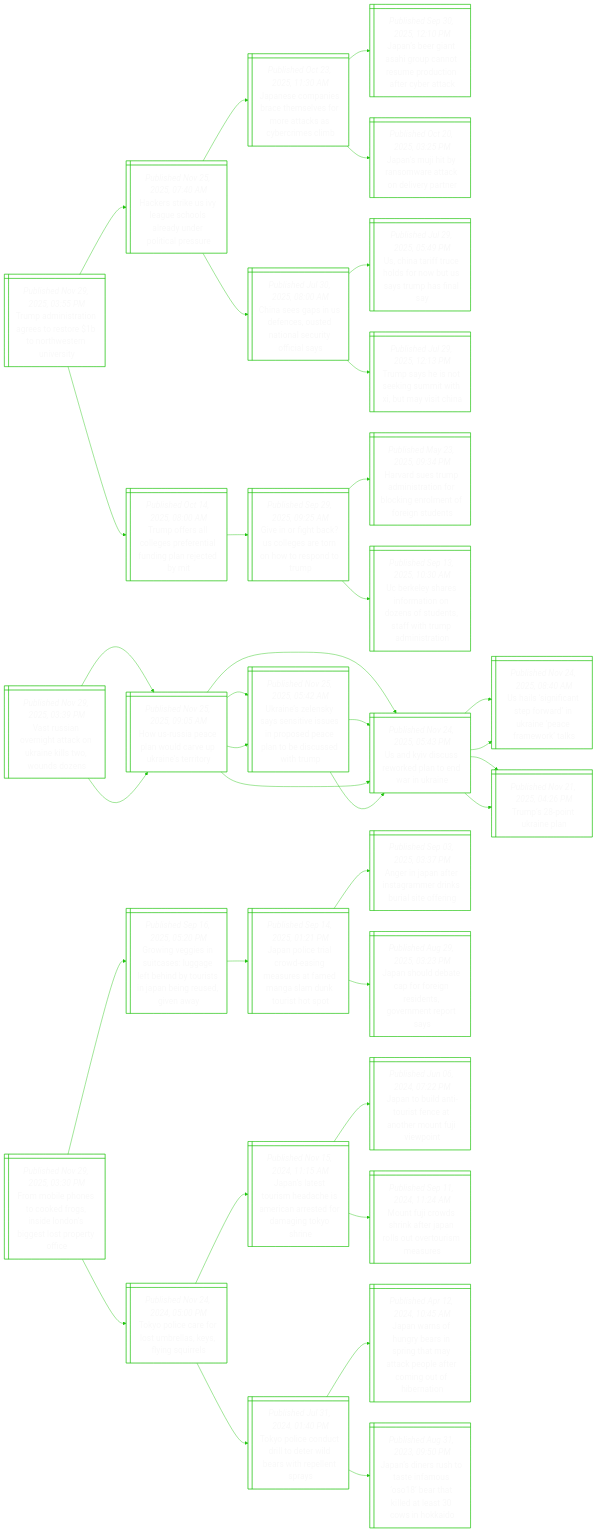
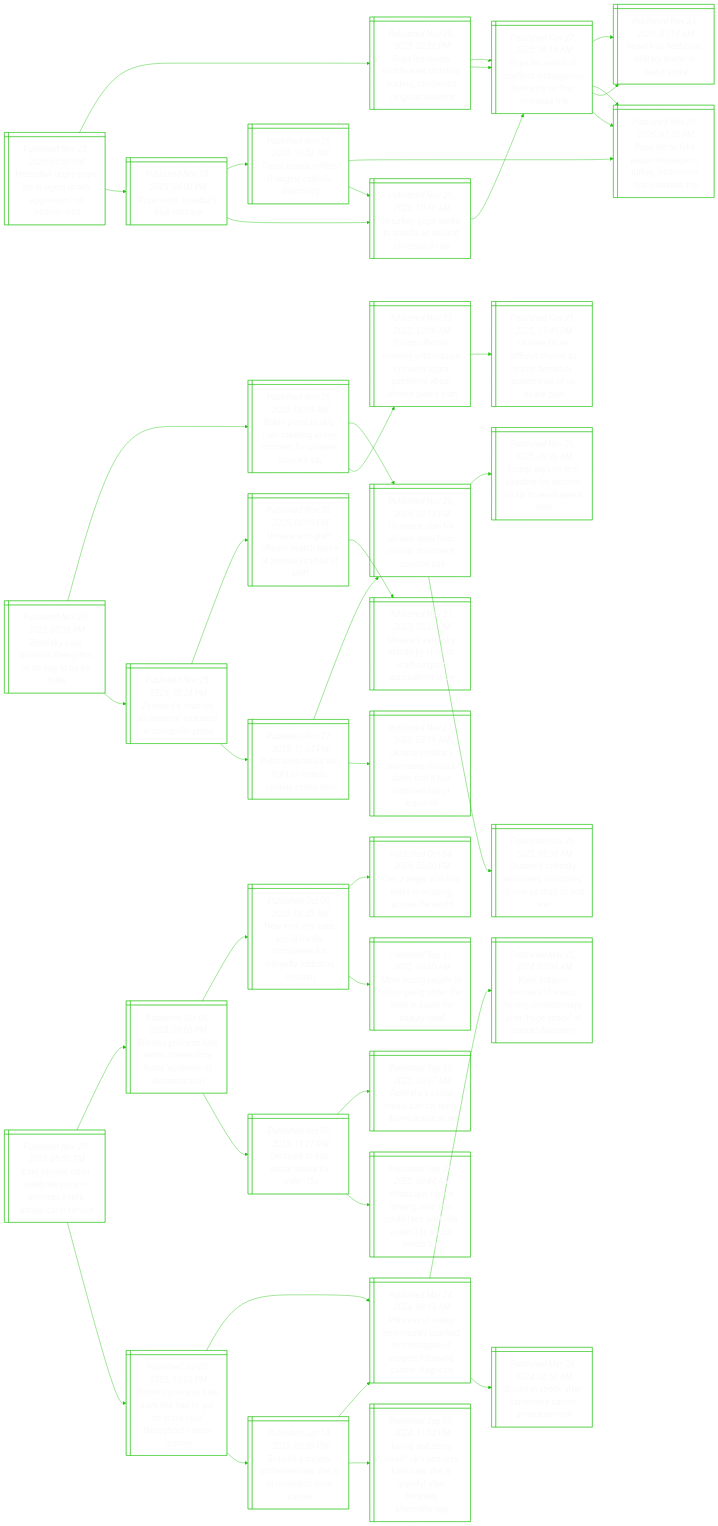
The diagram in README.md (notJmes/notJmes), drawn with Mermaid before and after one commit. The commit also changed other lines of this file, not shown here.

````diff
--- a/README.md
+++ b/README.md
@@ -16,118 +16,133 @@
 flowchart LR
 classDef txtsize font-size:20px;
 
-Taitgtttttns@{ shape: win-pane, label: "_Published Nov 29, 2025, 03:55 PM_
-Trump administration agrees to restore $1b to northwestern university" }
-HriIacsadlas@{ shape: win-pane, label: "_Published Nov 25, 2025, 07:40 AM_
-Hackers strike us ivy league schools already under political pressure" }
-Jemecmemtsbil@{ shape: win-pane, label: "_Published Oct 23, 2025, 11:30 AM_
-Japanese companies brace themselves for more attacks as cybercrimes climb" }
-JsgAGctmdoeea@{ shape: win-pane, label: "_Published Sep 30, 2025, 12:10 PM_
-Japan’s beer giant asahi group cannot resume production after cyber attack" }
-Jshrmaklyn@{ shape: win-pane, label: "_Published Oct 20, 2025, 03:25 PM_
-Japan’s muji hit by ransomware attack on delivery partner" }
-CsaUeodoetis@{ shape: win-pane, label: "_Published Jul 30, 2025, 08:00 AM_
-China sees gaps in us defences, ousted national security official says" }
-Uniulruausl@{ shape: win-pane, label: "_Published Jul 29, 2025, 05:49 PM_
-Us, china tariff truce holds for now but us says trump has final say" }
-Tsetimibyta@{ shape: win-pane, label: "_Published Jul 29, 2025, 12:13 PM_
-Trump says he is not seeking summit with xi, but may visit china" }
-TosoeftugrtM@{ shape: win-pane, label: "_Published Oct 14, 2025, 08:00 AM_
-Trump offers all colleges preferential funding plan rejected by mit" }
-GngcoetnooT@{ shape: win-pane, label: "_Published Sep 29, 2025, 09:25 AM_
-Give in or fight back? us colleges are torn on how to respond to trump" }
-Hrspnafogloett@{ shape: win-pane, label: "_Published May 23, 2025, 09:34 PM_
-Harvard sues trump administration for blocking enrolment of foreign students" }
-Ukssrooodswrdsi@{ shape: win-pane, label: "_Published Sep 13, 2025, 10:30 AM_
-Uc berkeley shares information on dozens of students, staff with trump administration" }
+Hlroojsienbv@{ shape: win-pane, label: "_Published Nov 29, 2025, 07:50 PM_
+Hezbollah urges pope leo to reject israeli ‘aggression’ on lebanon visit" }
+Petdsinensgvn@{ shape: win-pane, label: "_Published Nov 28, 2025, 02:58 PM_
+Pope leo meets middle east christian leaders, condemns religious violence" }
+Penocdrutivap@{ shape: win-pane, label: "_Published Nov 27, 2025, 09:18 AM_
+Pope leo warns of conflicts endangering humanity on first overseas trip" }
+Ilsomaanui@{ shape: win-pane, label: "_Published Nov 24, 2025, 01:17 AM_
+Israel kills hezbollah military leader in beirut strike" }
+Peaastkbosrt@{ shape: win-pane, label: "_Published Nov 25, 2025, 07:48 PM_
+Pope leo to take peace message to turkey, lebanon on first overseas trip" }
+Penocdrutivap@{ shape: win-pane, label: "_Published Nov 27, 2025, 09:18 AM_
+Pope leo warns of conflicts endangering humanity on first overseas trip" }
+Ilsomaanui@{ shape: win-pane, label: "_Published Nov 24, 2025, 01:17 AM_
+Israel kills hezbollah military leader in beirut strike" }
+Peaastkbosrt@{ shape: win-pane, label: "_Published Nov 25, 2025, 07:48 PM_
+Pope leo to take peace message to turkey, lebanon on first overseas trip" }
+PiIbls@{ shape: win-pane, label: "_Published Nov 29, 2025, 04:00 PM_
+Pope visits istanbul’s blue mosque" }
+Ptllhnhdm@{ shape: win-pane, label: "_Published Nov 29, 2025, 10:52 AM_
+Papal travels reflect changing catholic diplomacy" }
+Peaastkbosrt@{ shape: win-pane, label: "_Published Nov 25, 2025, 07:48 PM_
+Pope leo to take peace message to turkey, lebanon on first overseas trip" }
+Ikpkoaihiv@{ shape: win-pane, label: "_Published Nov 29, 2025, 10:46 AM_
+In turkey, pope seeks to soothe an ancient christian divide" }
+Ikpkoaihiv@{ shape: win-pane, label: "_Published Nov 29, 2025, 10:46 AM_
+In turkey, pope seeks to soothe an ancient christian divide" }
+Penocdrutivap@{ shape: win-pane, label: "_Published Nov 27, 2025, 09:18 AM_
+Pope leo warns of conflicts endangering humanity on first overseas trip" }
 
-Taitgtttttns:::txtsize --> HriIacsadlas:::txtsize
-HriIacsadlas:::txtsize --> Jemecmemtsbil:::txtsize
-Jemecmemtsbil:::txtsize --> JsgAGctmdoeea:::txtsize
-Jemecmemtsbil:::txtsize --> Jshrmaklyn:::txtsize
-HriIacsadlas:::txtsize --> CsaUeodoetis:::txtsize
-CsaUeodoetis:::txtsize --> Uniulruausl:::txtsize
-CsaUeodoetis:::txtsize --> Tsetimibyta:::txtsize
-Taitgtttttns:::txtsize --> TosoeftugrtM:::txtsize
-TosoeftugrtM:::txtsize --> GngcoetnooT:::txtsize
-GngcoetnooT:::txtsize --> Hrspnafogloett:::txtsize
-GngcoetnooT:::txtsize --> Ukssrooodswrdsi:::txtsize
+Hlroojsienbv:::txtsize --> Petdsinensgvn:::txtsize
+Petdsinensgvn:::txtsize --> Penocdrutivap:::txtsize
+Penocdrutivap:::txtsize --> Ilsomaanui:::txtsize
+Penocdrutivap:::txtsize --> Peaastkbosrt:::txtsize
+Petdsinensgvn:::txtsize --> Penocdrutivap:::txtsize
+Penocdrutivap:::txtsize --> Ilsomaanui:::txtsize
+Penocdrutivap:::txtsize --> Peaastkbosrt:::txtsize
+Hlroojsienbv:::txtsize --> PiIbls:::txtsize
+PiIbls:::txtsize --> Ptllhnhdm:::txtsize
+Ptllhnhdm:::txtsize --> Peaastkbosrt:::txtsize
+Ptllhnhdm:::txtsize --> Ikpkoaihiv:::txtsize
+PiIbls:::txtsize --> Ikpkoaihiv:::txtsize
+Ikpkoaihiv:::txtsize --> Penocdrutivap:::txtsize
 
-Vunnakrktuo@{ shape: win-pane, label: "_Published Nov 29, 2025, 03:39 PM_
-Vast russian overnight attack on ukraine kills two, wounds dozens" }
-HRaewcuatt@{ shape: win-pane, label: "_Published Nov 25, 2025, 09:05 AM_
-How us-russia peace plan would carve up ukraine’s territory" }
-UKisrlerr@{ shape: win-pane, label: "_Published Nov 24, 2025, 05:43 PM_
-Us and kyiv discuss reworked plan to end war in ukraine" }
-Ulnaewniaark@{ shape: win-pane, label: "_Published Nov 24, 2025, 08:40 AM_
-Us hails ‘significant step forward’ in ukraine ‘peace framework’ talks" }
-Tstia@{ shape: win-pane, label: "_Published Nov 21, 2025, 04:26 PM_
-Trump’s 28-point ukraine plan" }
-Unlystsippposehp@{ shape: win-pane, label: "_Published Nov 25, 2025, 05:42 AM_
-Ukraine’s zelensky says sensitive issues in proposed peace plan to be discussed with trump" }
-UKisrlerr@{ shape: win-pane, label: "_Published Nov 24, 2025, 05:43 PM_
-Us and kyiv discuss reworked plan to end war in ukraine" }
-HRaewcuatt@{ shape: win-pane, label: "_Published Nov 25, 2025, 09:05 AM_
-How us-russia peace plan would carve up ukraine’s territory" }
-UKisrlerr@{ shape: win-pane, label: "_Published Nov 24, 2025, 05:43 PM_
-Us and kyiv discuss reworked plan to end war in ukraine" }
-Ulnaewniaark@{ shape: win-pane, label: "_Published Nov 24, 2025, 08:40 AM_
-Us hails ‘significant step forward’ in ukraine ‘peace framework’ talks" }
-Tstia@{ shape: win-pane, label: "_Published Nov 21, 2025, 04:26 PM_
-Trump’s 28-point ukraine plan" }
-Unlystsippposehp@{ shape: win-pane, label: "_Published Nov 25, 2025, 05:42 AM_
-Ukraine’s zelensky says sensitive issues in proposed peace plan to be discussed with trump" }
-UKisrlerr@{ shape: win-pane, label: "_Published Nov 24, 2025, 05:43 PM_
-Us and kyiv discuss reworked plan to end war in ukraine" }
+Zsyangnsors@{ shape: win-pane, label: "_Published Nov 29, 2025, 07:38 PM_
+Zelensky says ukrainian delegation on its way to us for talks" }
+Rptpmneerius@{ shape: win-pane, label: "_Published Nov 29, 2025, 04:39 AM_
+Rubio plans to skip nato meeting at key moment for ukraine, sources say" }
+Ucnkefunmos@{ shape: win-pane, label: "_Published Nov 26, 2025, 02:13 PM_
+Us peace plan for ukraine drew from russian document, sources say" }
+Tsodirisohe@{ shape: win-pane, label: "_Published Nov 26, 2025, 09:30 AM_
+Trump says no firm deadline for ukraine, russia to reach peace deal" }
+UnlyorpfStd@{ shape: win-pane, label: "_Published Nov 26, 2025, 05:08 AM_
+Ukraine’s zelensky welcomes ‘principles’ of new us draft to end war" }
+ToiegRaipuoorpp@{ shape: win-pane, label: "_Published Nov 23, 2025, 12:09 AM_
+Trump officials’ meeting with russian in miami spurs questions about ukraine peace plan" }
+Uneftcrespepp@{ shape: win-pane, label: "_Published Nov 21, 2025, 11:49 PM_
+Ukraine faces ‘difficult choice’ as trump demands acceptance of us peace plan" }
+Zsaaaercpp@{ shape: win-pane, label: "_Published Nov 28, 2025, 08:24 PM_
+Zelensky’s ‘man for all seasons’ ensnared in corruption probe" }
+Unitcehfncof@{ shape: win-pane, label: "_Published Nov 28, 2025, 04:19 PM_
+Ukraine anti-graft officers search home of zelensky’s chief of staff" }
+Unlydhffacir@{ shape: win-pane, label: "_Published Nov 21, 2025, 05:26 PM_
+Ukraine’s zelensky stands by chief of staff as graft accusations grow" }
+Psuwinsaea@{ shape: win-pane, label: "_Published Nov 27, 2025, 11:04 PM_
+Putin says russia will fight on unless ukraine cedes land" }
+Ucnkefunmos@{ shape: win-pane, label: "_Published Nov 26, 2025, 02:13 PM_
+Us peace plan for ukraine drew from russian document, sources say" }
+UnlyiRaitsuiKn@{ shape: win-pane, label: "_Published Nov 21, 2025, 03:19 AM_
+Ukraine’s military dismisses russia’s claim that it has captured city of kupiansk" }
 
-Vunnakrktuo:::txtsize --> HRaewcuatt:::txtsize
-HRaewcuatt:::txtsize --> UKisrlerr:::txtsize
-UKisrlerr:::txtsize --> Ulnaewniaark:::txtsize
-UKisrlerr:::txtsize --> Tstia:::txtsize
-HRaewcuatt:::txtsize --> Unlystsippposehp:::txtsize
-Unlystsippposehp:::txtsize --> UKisrlerr:::txtsize
-Vunnakrktuo:::txtsize --> HRaewcuatt:::txtsize
-HRaewcuatt:::txtsize --> UKisrlerr:::txtsize
-UKisrlerr:::txtsize --> Ulnaewniaark:::txtsize
-UKisrlerr:::txtsize --> Tstia:::txtsize
-HRaewcuatt:::txtsize --> Unlystsippposehp:::txtsize
-Unlystsippposehp:::txtsize --> UKisrlerr:::txtsize
+Zsyangnsors:::txtsize --> Rptpmneerius:::txtsize
+Rptpmneerius:::txtsize --> Ucnkefunmos:::txtsize
+Ucnkefunmos:::txtsize --> Tsodirisohe:::txtsize
+Ucnkefunmos:::txtsize --> UnlyorpfStd:::txtsize
+Rptpmneerius:::txtsize --> ToiegRaipuoorpp:::txtsize
+ToiegRaipuoorpp:::txtsize --> Uneftcrespepp:::txtsize
+Zsyangnsors:::txtsize --> Zsaaaercpp:::txtsize
+Zsaaaercpp:::txtsize --> Unitcehfncof:::txtsize
+Unitcehfncof:::txtsize --> Unlydhffacir:::txtsize
+Zsaaaercpp:::txtsize --> Psuwinsaea:::txtsize
+Psuwinsaea:::txtsize --> Ucnkefunmos:::txtsize
+Psuwinsaea:::txtsize --> UnlyiRaitsuiKn:::txtsize
 
-FopsornLngooyc@{ shape: win-pane, label: "_Published Nov 29, 2025, 03:30 PM_
-From mobile phones to cooked frogs, inside london’s biggest lost property office" }
-GngncLgtnotaeega@{ shape: win-pane, label: "_Published Sep 16, 2025, 05:20 PM_
-Growing veggies in suitcases: luggage left behind by tourists in japan being reused, given away" }
-Jpeldnsaegmtss@{ shape: win-pane, label: "_Published Sep 14, 2025, 01:21 PM_
-Japan police trial crowd-easing measures at famed manga slam dunk tourist hot spot" }
-Aiaetmrbloi@{ shape: win-pane, label: "_Published Sep 03, 2025, 03:37 PM_
-Anger in japan after instagrammer drinks burial site offering" }
-Jsdtfrreomes@{ shape: win-pane, label: "_Published Aug 29, 2025, 03:23 PM_
-Japan should debate cap for foreign residents, government report says" }
-Tpefsrsfgr@{ shape: win-pane, label: "_Published Nov 24, 2024, 05:00 PM_
-Tokyo police care for lost umbrellas, keys, flying squirrels" }
-Jssrehmaefmgon@{ shape: win-pane, label: "_Published Nov 15, 2024, 11:15 AM_
-Japan’s latest tourism headache is american arrested for damaging tokyo shrine" }
-Jtliinaenip@{ shape: win-pane, label: "_Published Jun 06, 2024, 07:22 PM_
-Japan to build anti-tourist fence at another mount fuji viewpoint" }
-MFrskrnsvumr@{ shape: win-pane, label: "_Published Sep 11, 2024, 11:24 AM_
-Mount fuji crowds shrink after japan rolls out overtourism measures" }
-Tpeuidweipna@{ shape: win-pane, label: "_Published Jul 31, 2024, 01:40 PM_
-Tokyo police conduct drill to deter wild bears with repellent sprays" }
-Jwogasgmteacgfro@{ shape: win-pane, label: "_Published Apr 12, 2024, 10:45 AM_
-Japan warns of hungry bears in spring that may attack people after coming out of hibernation" }
-Jsrhsfseallcna@{ shape: win-pane, label: "_Published Aug 31, 2023, 09:50 PM_
-Japan’s diners rush to taste infamous ‘oso18’ bear that killed at least 30 cows in hokkaido" }
+Kitrbeoissaov@{ shape: win-pane, label: "_Published Nov 29, 2025, 06:50 PM_
+Kate winslet, other celebrities to join princess kate’s annual carol service" }
+Biiswsnfemdni@{ shape: win-pane, label: "_Published Oct 09, 2025, 06:08 PM_
+Britain’s princess kate warns screen time feeds ‘epidemic of disconnection’" }
+Nryslaaflligd@{ shape: win-pane, label: "_Published Oct 09, 2025, 06:45 AM_
+New york city sues social media companies for allegedly addicting children" }
+Gntnteirhl@{ shape: win-pane, label: "_Published Oct 04, 2025, 05:00 PM_
+Gen z anger at ruling elites is erupting across the world" }
+Moeinnekisbyl@{ shape: win-pane, label: "_Published Sep 11, 2025, 09:40 AM_
+More young people in china going under the knife in quest for ‘beauty ideal’" }
+Draidrr@{ shape: win-pane, label: "_Published Oct 07, 2025, 11:27 PM_
+Denmark to ban social media for under-15s" }
+AaslaonwiU@{ shape: win-pane, label: "_Published Sep 25, 2025, 10:37 AM_
+Australia’s social media ban for teens draws praise at un" }
+WAimihuctaridn@{ shape: win-pane, label: "_Published Sep 24, 2025, 09:44 AM_
+Whatsapp, twitch among sites that could face australia under-16s social media ban" }
+Biisshtoveuter@{ shape: win-pane, label: "_Published Jul 02, 2025, 10:00 PM_
+Britain’s princess kate says she had to ‘put on brave face’ throughout cancer journey" }
+PeWeoteeeutocrn@{ shape: win-pane, label: "_Published Mar 24, 2024, 06:13 AM_
+Princess of wales ‘enormously touched’ by messages of support following cancer diagnosis" }
+Krnnoeieeahhfecy@{ shape: win-pane, label: "_Published Mar 23, 2024, 02:08 AM_
+Kate, britain’s princess of wales, having chemotherapy after ‘huge shock’ of cancer discovery" }
+Bihfaiaann@{ shape: win-pane, label: "_Published Mar 24, 2024, 02:59 AM_
+Britain in shock after catherine's cancer announcement" }
+Biiseshnsfa@{ shape: win-pane, label: "_Published Jan 14, 2025, 09:38 PM_
+Britain’s princess catherine says she is in remission from cancer" }
+PeWeoteeeutocrn@{ shape: win-pane, label: "_Published Mar 24, 2024, 06:13 AM_
+Princess of wales ‘enormously touched’ by messages of support following cancer diagnosis" }
+LgeoKnKaealrsctp@{ shape: win-pane, label: "_Published Sep 09, 2024, 11:52 PM_
+‘loving and being loved’: uk’s princess kate says she is grateful after finishing chemotherapy" }
 
-FopsornLngooyc:::txtsize --> GngncLgtnotaeega:::txtsize
-GngncLgtnotaeega:::txtsize --> Jpeldnsaegmtss:::txtsize
-Jpeldnsaegmtss:::txtsize --> Aiaetmrbloi:::txtsize
-Jpeldnsaegmtss:::txtsize --> Jsdtfrreomes:::txtsize
-FopsornLngooyc:::txtsize --> Tpefsrsfgr:::txtsize
-Tpefsrsfgr:::txtsize --> Jssrehmaefmgon:::txtsize
-Jssrehmaefmgon:::txtsize --> Jtliinaenip:::txtsize
-Jssrehmaefmgon:::txtsize --> MFrskrnsvumr:::txtsize
-Tpefsrsfgr:::txtsize --> Tpeuidweipna:::txtsize
-Tpeuidweipna:::txtsize --> Jwogasgmteacgfro:::txtsize
-Tpeuidweipna:::txtsize --> Jsrhsfseallcna:::txtsize
+Kitrbeoissaov:::txtsize --> Biiswsnfemdni:::txtsize
+Biiswsnfemdni:::txtsize --> Nryslaaflligd:::txtsize
+Nryslaaflligd:::txtsize --> Gntnteirhl:::txtsize
+Nryslaaflligd:::txtsize --> Moeinnekisbyl:::txtsize
+Biiswsnfemdni:::txtsize --> Draidrr:::txtsize
+Draidrr:::txtsize --> AaslaonwiU:::txtsize
+Draidrr:::txtsize --> WAimihuctaridn:::txtsize
+Kitrbeoissaov:::txtsize --> Biisshtoveuter:::txtsize
+Biisshtoveuter:::txtsize --> PeWeoteeeutocrn:::txtsize
+PeWeoteeeutocrn:::txtsize --> Krnnoeieeahhfecy:::txtsize
+PeWeoteeeutocrn:::txtsize --> Bihfaiaann:::txtsize
+Biisshtoveuter:::txtsize --> Biiseshnsfa:::txtsize
+Biiseshnsfa:::txtsize --> PeWeoteeeutocrn:::txtsize
+Biiseshnsfa:::txtsize --> LgeoKnKaealrsctp:::txtsize
 
 ```
````
